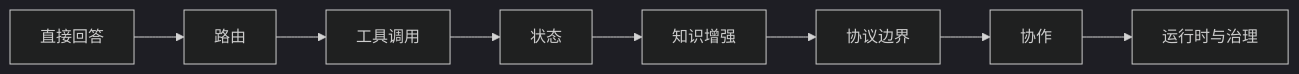
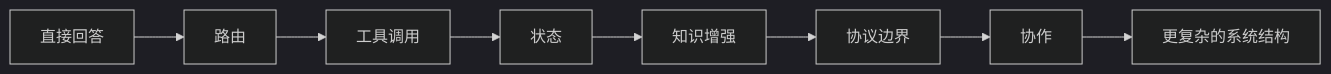
One commit to XiaoHG/agi_agent changed the second of 2 diagrams in publish/drafts/ch01/ch01.md. Above: the diagram before and after it, drawn with Mermaid (dark theme). The commit also changed other lines of this file and 16 other files, not shown here.

````diff
--- a/publish/drafts/ch01/ch01.md
+++ b/publish/drafts/ch01/ch01.md
@@ -43,10 +43,10 @@
 ```mermaid
 flowchart LR
     S1[直接回答] --> S2[路由]
     S2 --> S3[工具调用]
     S3 --> S4[状态]
     S4 --> S5[知识增强]
     S5 --> S6[协议边界]
     S6 --> S7[协作]
-    S7 --> S8[运行时与治理]
+    S7 --> S8[更复杂的系统结构]
 ```
````
